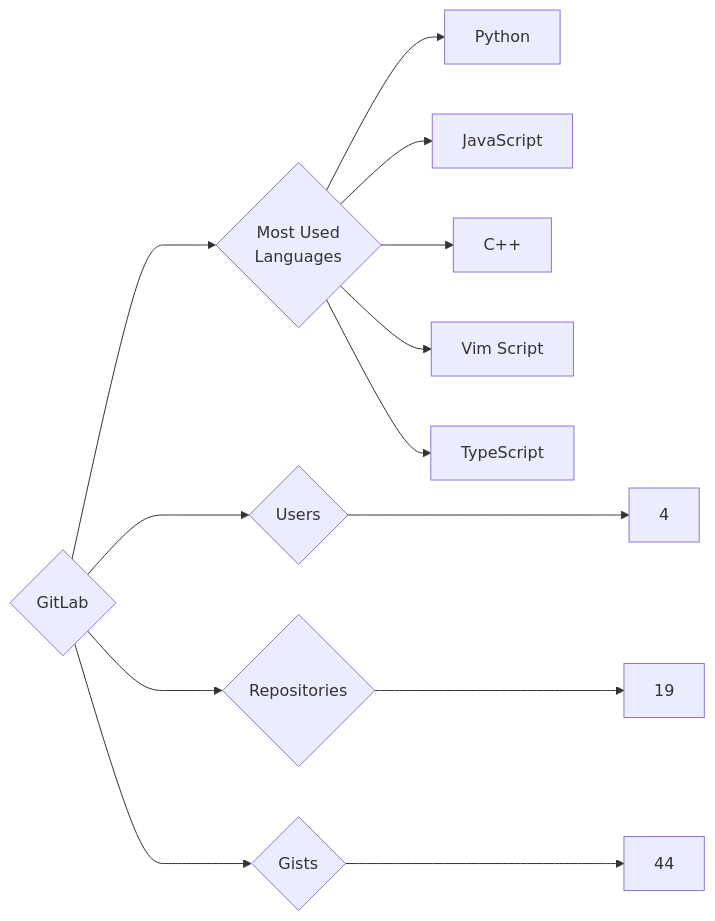
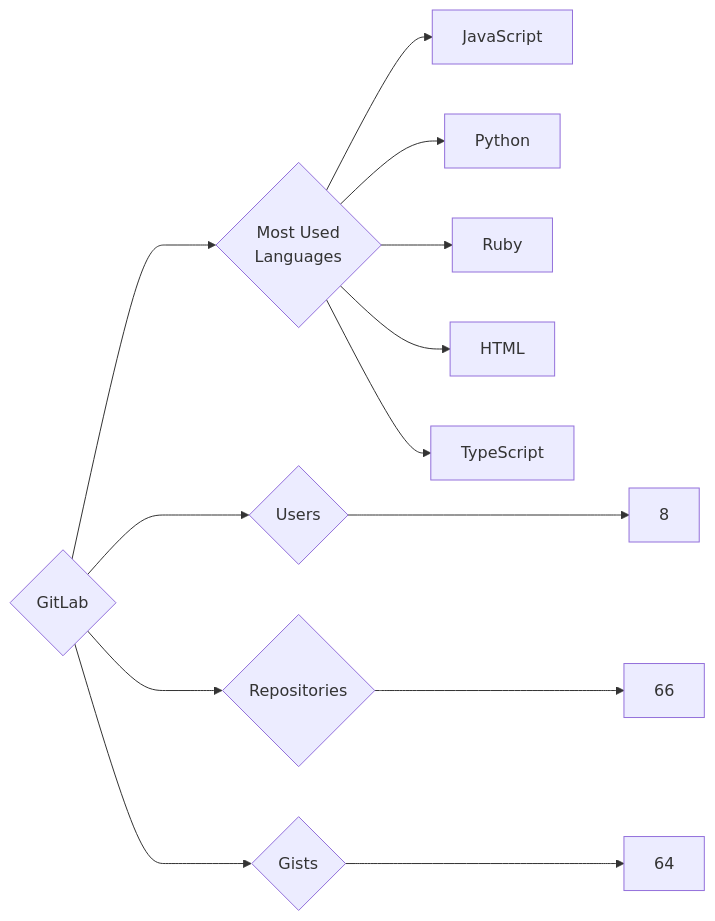
One commit to trickest/insiders changed the diagram in targets/GitLab/README.md. Above: the diagram before and after it, drawn with Mermaid. The commit also changed 1167 other files, not shown here.

````diff
--- a/targets/GitLab/README.md
+++ b/targets/GitLab/README.md
@@ -3,13 +3,13 @@
 ```mermaid
 graph LR
 COMPANY_NAME{GitLab}
-COMPANY_NAME ---> U{Users} ---> UN[4]
-COMPANY_NAME ---> R{Repositories} ---> RN[19]
-COMPANY_NAME ---> G{Gists} ---> GN[44]
+COMPANY_NAME ---> U{Users} ---> UN[8]
+COMPANY_NAME ---> R{Repositories} ---> RN[66]
+COMPANY_NAME ---> G{Gists} ---> GN[64]
 COMPANY_NAME ---> ML{Most Used<br>Languages}
+ML --> JavaScript[JavaScript]
 ML --> Python[Python]
-ML --> JavaScript[JavaScript]
-ML --> C++[C++]
-ML --> Vim_Script[Vim Script]
+ML --> Ruby[Ruby]
+ML --> HTML[HTML]
 ML --> TypeScript[TypeScript]
 ```
````
